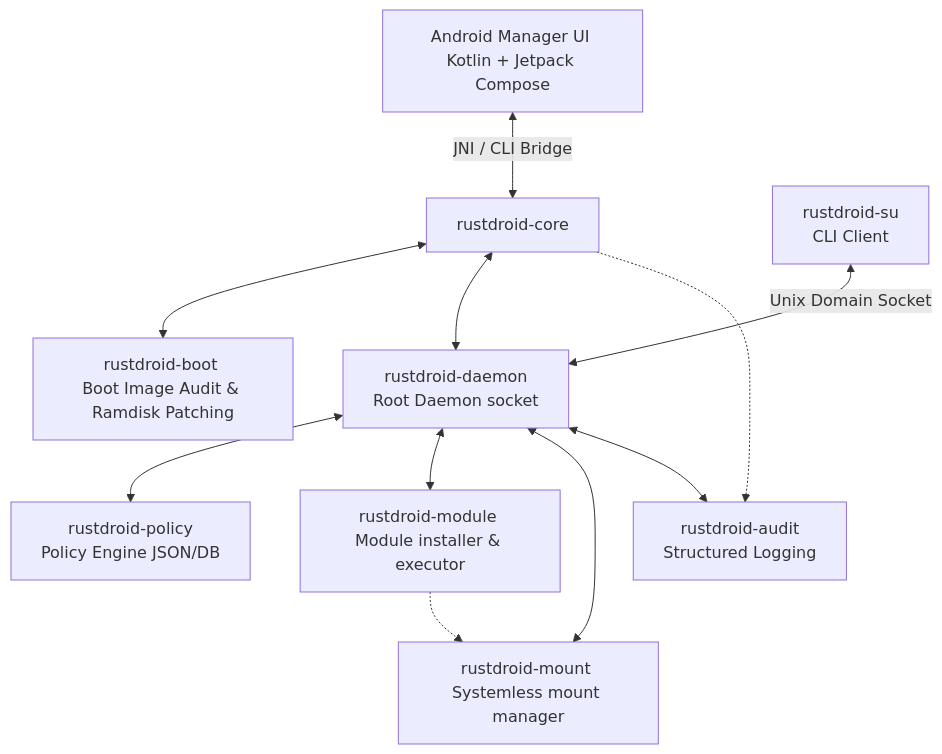
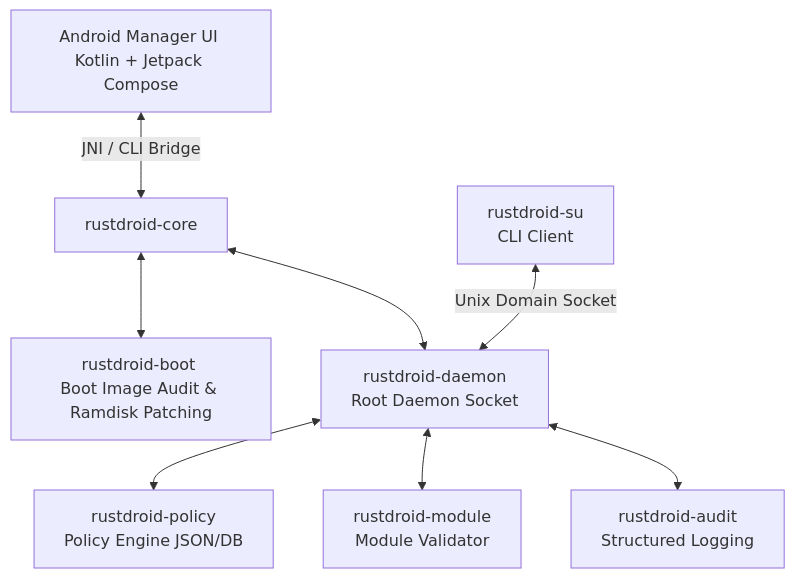
One commit to qrjhamron/rustdroid changed the diagram in README.md. Above: the diagram before and after it, drawn with Mermaid. The commit also changed other lines of this file and 2 other files, not shown here.

````diff
--- a/README.md
+++ b/README.md
@@ -15,13 +20,10 @@
 ```mermaid
 graph TD
     A[Android Manager UI <br>Kotlin + Jetpack Compose] <-->|JNI / CLI Bridge| B[rustdroid-core]
     B <--> C[rustdroid-boot <br>Boot Image Audit & Ramdisk Patching]
-    B <--> D[rustdroid-daemon <br>Root Daemon socket]
+    B <--> D[rustdroid-daemon <br>Root Daemon Socket]
     E[rustdroid-su <br>CLI Client] <-->|Unix Domain Socket| D
     D <--> F[rustdroid-policy <br>Policy Engine JSON/DB]
-    D <--> G[rustdroid-module <br>Module installer & executor]
-    D <--> H[rustdroid-mount <br>Systemless mount manager]
-    D <--> I[rustdroid-audit <br>Structured Logging]
-    G -.-> H
-    B -.-> I
+    D <--> G[rustdroid-module <br>Module Validator]
+    D <--> H[rustdroid-audit <br>Structured Logging]
 ```
````
